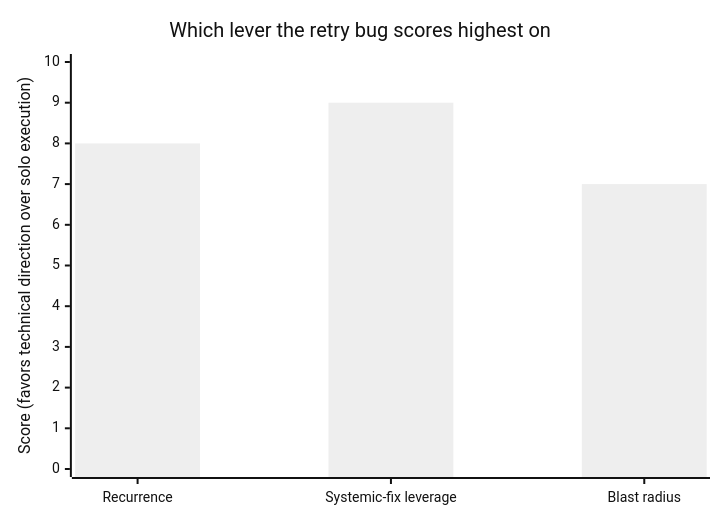
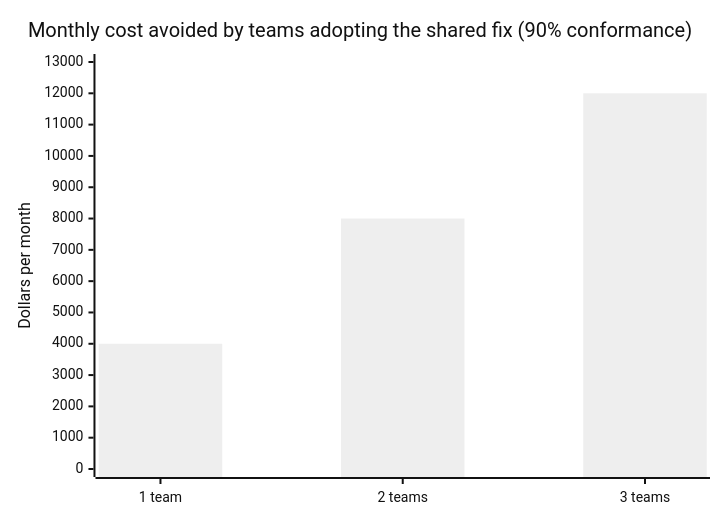
The first of 2 diagrams in src/content/career-craft/staff-scope/L2-concept.mdx (francoandreDev/knowledge), drawn with Mermaid (neutral theme) before and after one commit. The commit also changed other lines of this file and 3 other files, not shown here.

````diff
--- a/src/content/career-craft/staff-scope/L2-concept.mdx
+++ b/src/content/career-craft/staff-scope/L2-concept.mdx
@@ -59,7 +48,7 @@
 ```mermaid
 xychart-beta
-    title "Which lever the retry bug scores highest on"
-    x-axis ["Recurrence", "Systemic-fix leverage", "Blast radius"]
-    y-axis "Score (favors technical direction over solo execution)" 0 --> 10
-    bar [8, 9, 7]
+    title "Monthly cost avoided by teams adopting the shared fix (90% conformance)"
+    x-axis ["1 team", "2 teams", "3 teams"]
+    y-axis "Dollars per month" 0 --> 13000
+    bar [4000, 8000, 12000]
 ```
````
